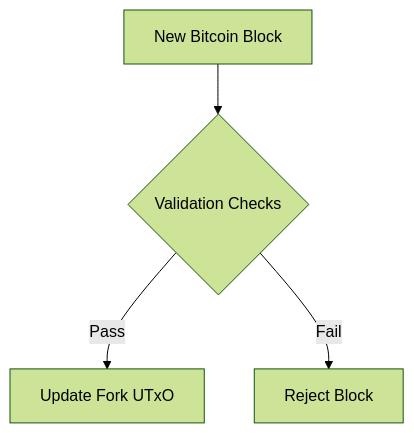
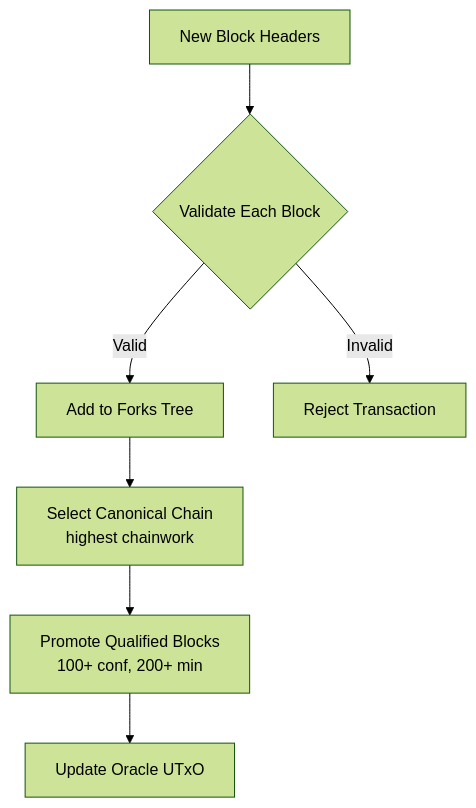
Before and after one commit to lantr-io/binocular: the fourth of 5 diagrams in Litepaper.md, drawn with Mermaid (forest theme). The commit also changed other lines of this file and 3 other files, not shown here.

````diff
--- a/Litepaper.md
+++ b/Litepaper.md
@@ -88,6 +92,9 @@
 ```mermaid
 graph TD
-X[New Bitcoin Block] --> Y{Validation Checks}
-Y -->|Pass| Z[Update Fork UTxO]
-Y -->|Fail| F[Reject Block]
+    A[New Block Headers] --> B{Validate Each Block}
+    B -->|Valid| C[Add to Forks Tree]
+    B -->|Invalid| D[Reject Transaction]
+    C --> E[Select Canonical Chain<br/>highest chainwork]
+    E --> F[Promote Qualified Blocks<br/>100+ conf, 200+ min]
+    F --> G[Update Oracle UTxO]
 ```
````
